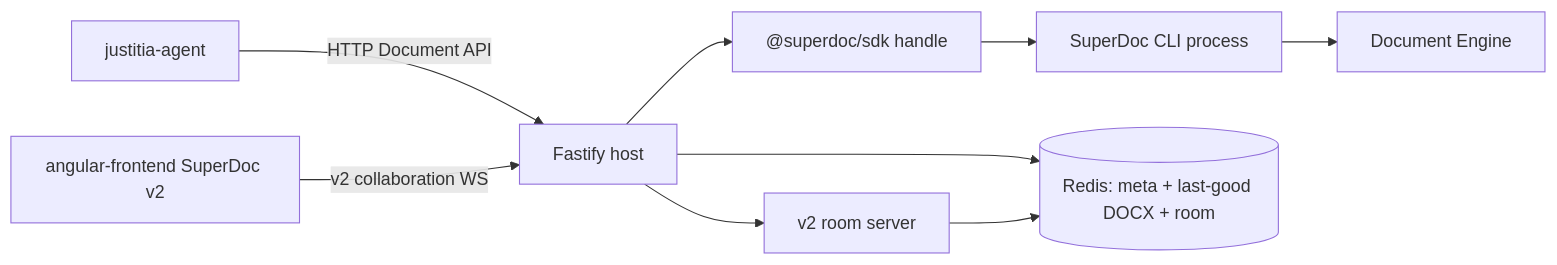
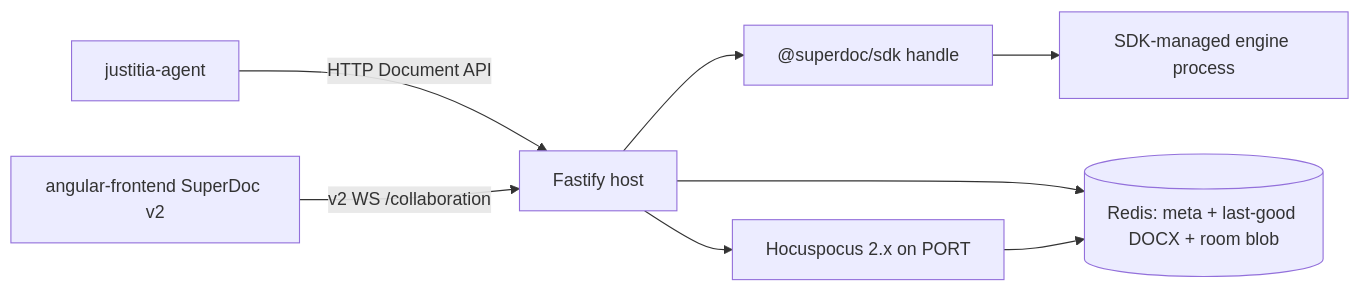
The diagram in docs/architecture/architecture-superdoc-redesign-2026-09-03/ARCHITECTURE-SPINE.md (SpotDraft/morph), drawn with Mermaid before and after one commit. The commit also changed other lines of this file and 6 other files, not shown here.

First line of the commit message:
docs: tighten architecture spine after reviewer gate

````diff
--- a/docs/architecture/architecture-superdoc-redesign-2026-09-03/ARCHITECTURE-SPINE.md
+++ b/docs/architecture/architecture-superdoc-redesign-2026-09-03/ARCHITECTURE-SPINE.md
@@ -34,11 +34,10 @@
 ```mermaid
 flowchart LR
   Agent[justitia-agent] -->|HTTP Document API| Host[Fastify host]
-  Sidebar[angular-frontend SuperDoc v2] -->|v2 collaboration WS| Host
+  Sidebar[angular-frontend SuperDoc v2] -->|v2 WS /collaboration| Host
   Host --> SDK["@superdoc/sdk handle"]
-  SDK --> CLI[SuperDoc CLI process]
-  CLI --> Engine[Document Engine]
-  Host --> Redis[(Redis: meta + last-good DOCX + room)]
-  Host --> Rooms[v2 room server]
+  SDK --> Engine[SDK-managed engine process]
+  Host --> Redis[(Redis: meta + last-good DOCX + room blob)]
+  Host --> Rooms[Hocuspocus 2.x on PORT]
   Rooms --> Redis
 ```
````
